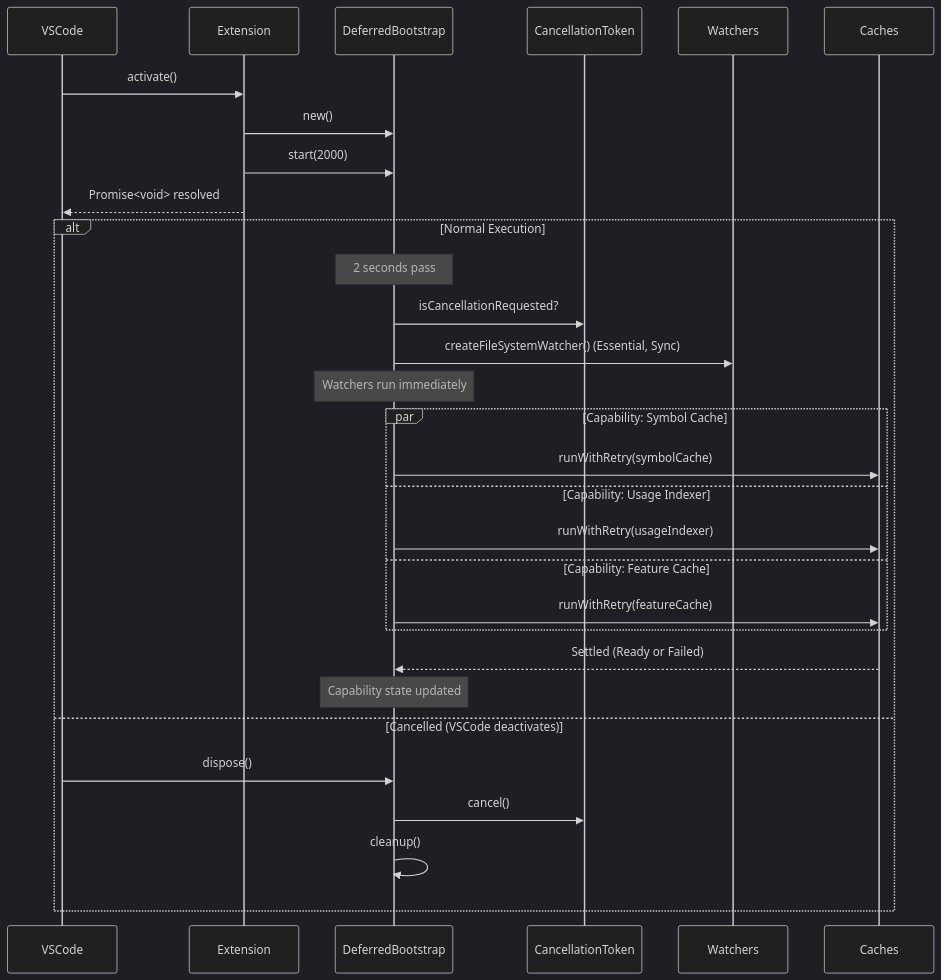
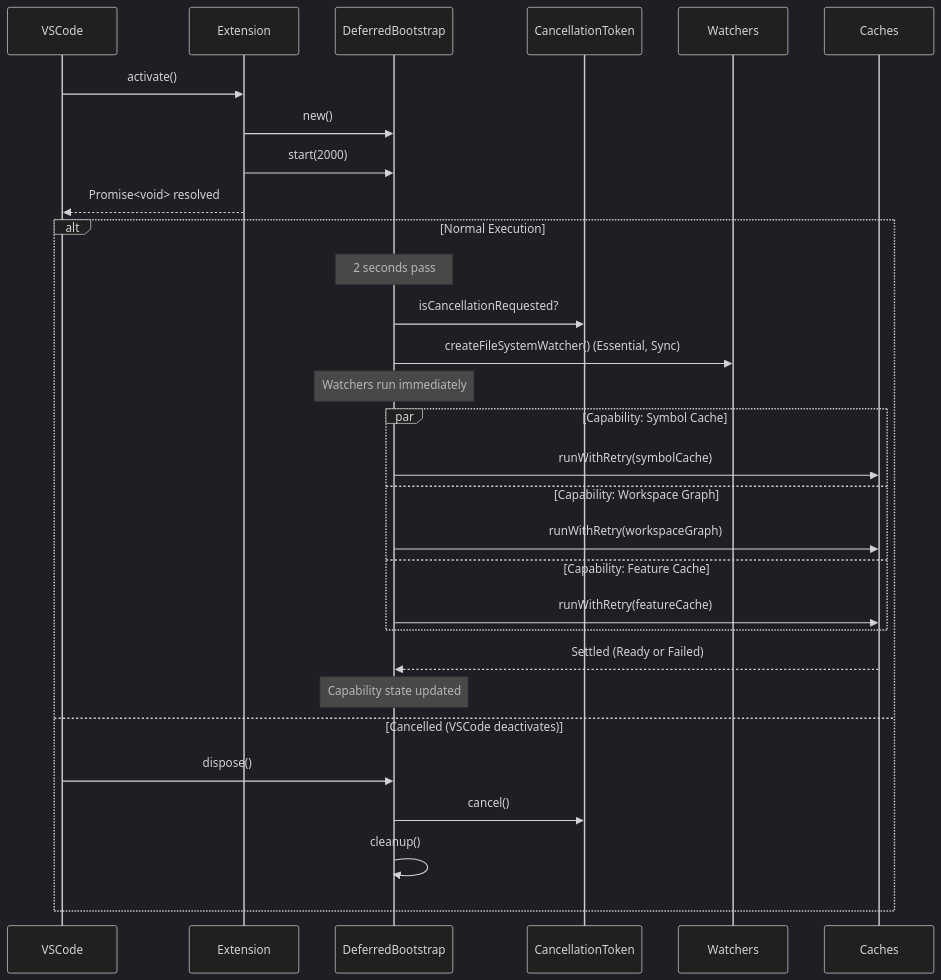
Before and after one commit to carlos-camara/vscode-gherkin-beautifier: the diagram in docs/architecture.md, drawn with Mermaid (dark theme). The commit also changed other lines of this file and 11 other files, not shown here.

````diff
--- a/docs/architecture.md
+++ b/docs/architecture.md
@@ -126,37 +126,37 @@
 ```mermaid
 sequenceDiagram
     participant VSCode
     participant Extension
     participant DeferredBootstrap
     participant CancellationToken
     participant Watchers
     participant Caches
 
     VSCode->>Extension: activate()
     Extension->>DeferredBootstrap: new()
     Extension->>DeferredBootstrap: start(2000)
     Extension-->>VSCode: Promise<void> resolved
 
     alt Normal Execution
         Note over DeferredBootstrap: 2 seconds pass
         DeferredBootstrap->>CancellationToken: isCancellationRequested?
         DeferredBootstrap->>Watchers: createFileSystemWatcher() (Essential, Sync)
         Note over DeferredBootstrap: Watchers run immediately
 
         par Capability: Symbol Cache
             DeferredBootstrap->>Caches: runWithRetry(symbolCache)
-        and Capability: Usage Indexer
-            DeferredBootstrap->>Caches: runWithRetry(usageIndexer)
+        and Capability: Workspace Graph
+            DeferredBootstrap->>Caches: runWithRetry(workspaceGraph)
         and Capability: Feature Cache
             DeferredBootstrap->>Caches: runWithRetry(featureCache)
         end
 
         Caches-->>DeferredBootstrap: Settled (Ready or Failed)
         Note over DeferredBootstrap: Capability state updated
 
     else Cancelled (VSCode deactivates)
         VSCode->>DeferredBootstrap: dispose()
         DeferredBootstrap->>CancellationToken: cancel()
         DeferredBootstrap->>DeferredBootstrap: cleanup()
     end
 ```
````
